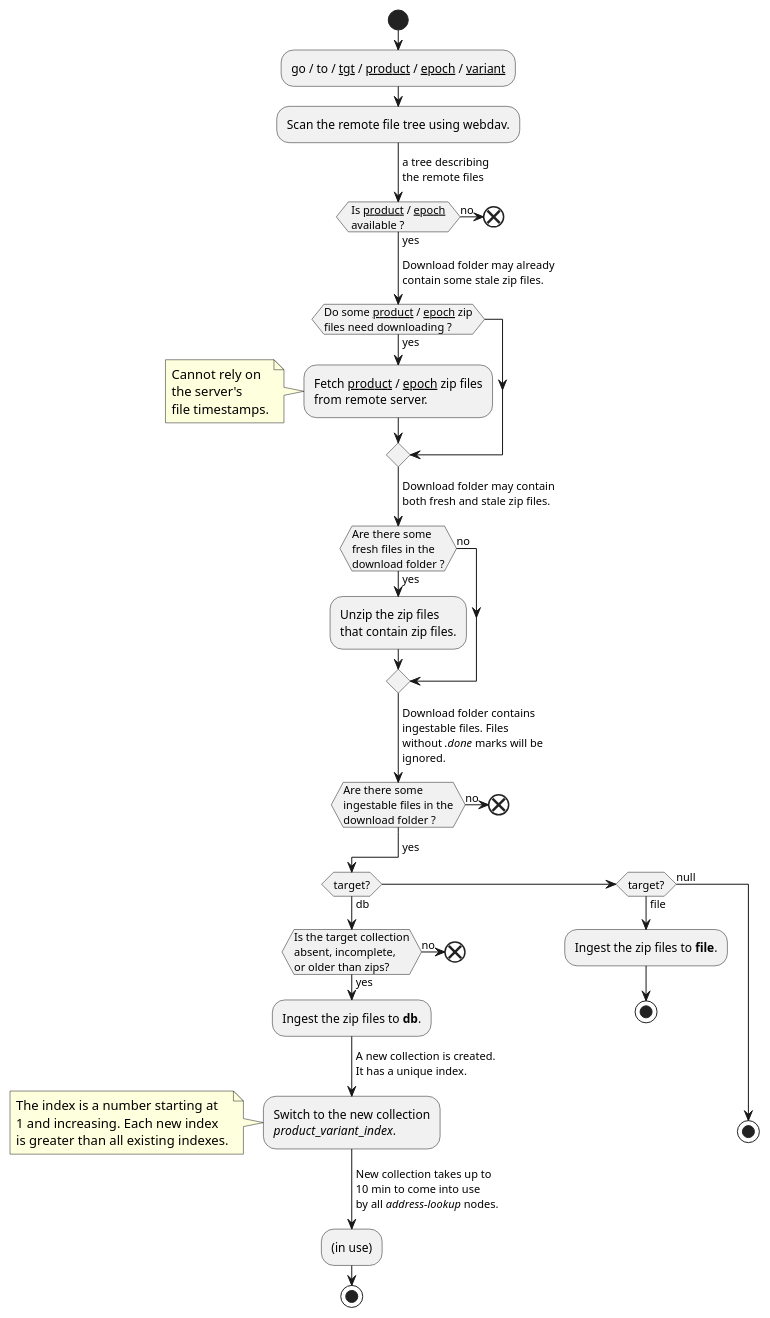
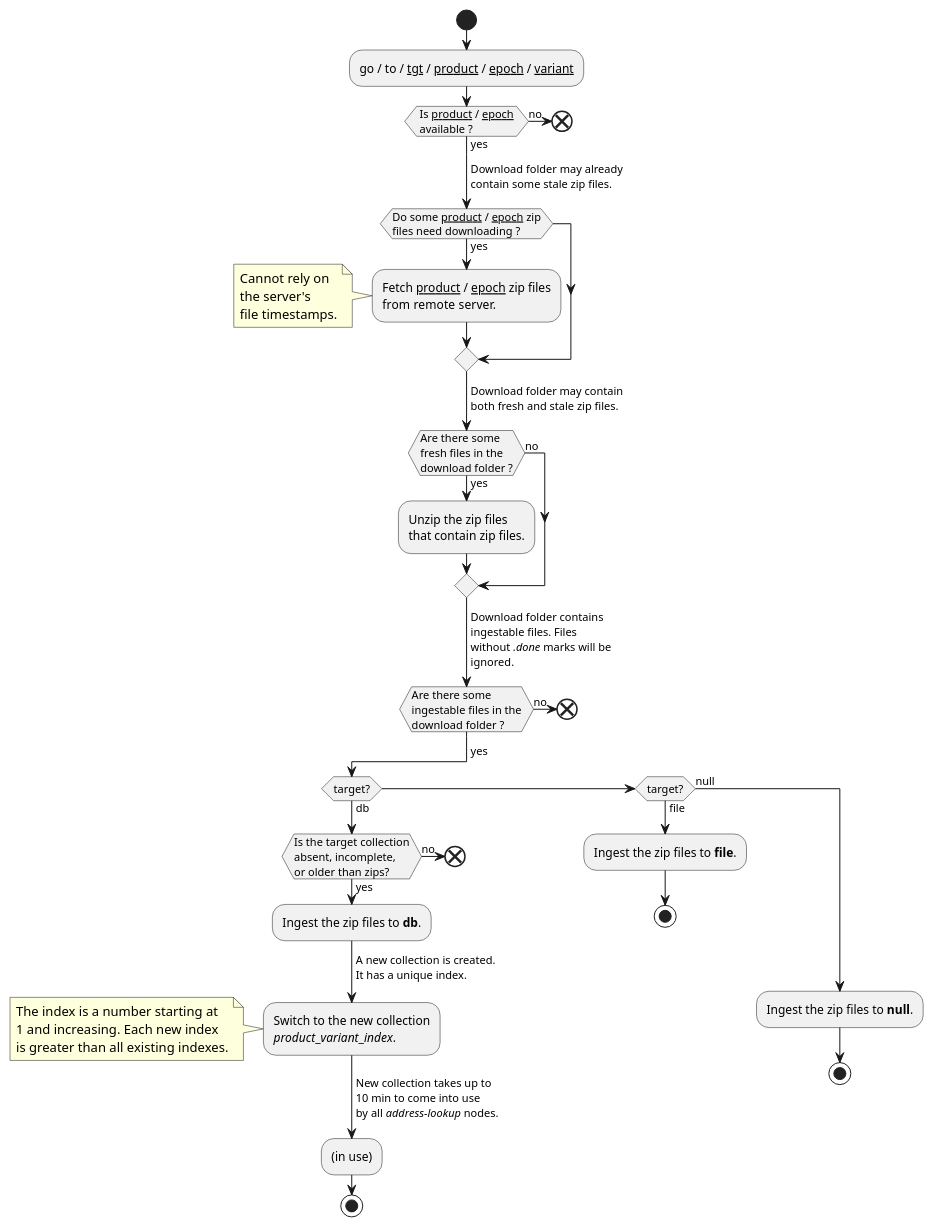
One commit to openregister/address-reputation-ingester changed the diagram in docs/go-manual.puml. Above: the diagram before and after it, drawn with PlantUML. The commit also changed 12 other files, not shown here.

```diff
--- a/docs/go-manual.puml
+++ b/docs/go-manual.puml
@@ -1,73 +1,71 @@
 @startuml
 
 start
 
 :go / to / __tgt__ / __product__ / __epoch__ / __variant__;
-
-:Scan the remote file tree using webdav.;
-
--> a tree describing\nthe remote files;
 
 if ( Is __product__ / __epoch__ \n available ?) then (no)
   end
 
 else (yes)
 endif
 
 -> Download folder may already\ncontain some stale zip files.;
 
 if (Do some __product__ / __epoch__ zip\nfiles need downloading ?) then (yes)
 
   :Fetch __product__ / __epoch__ zip files\nfrom remote server.;
   note left: Cannot rely on\nthe server's\nfile timestamps.
 
 endif
 
 -> Download folder may contain\nboth fresh and stale zip files.;
 
 if (Are there some\nfresh files in the\ndownload folder ?) then (yes)
   :Unzip the zip files\nthat contain zip files.;
 else (no)
 endif
 
 
 -> Download folder contains\ningestable files. Files\nwithout //.done// marks will be\nignored.;
 
 if (Are there some\ningestable files in the\ndownload folder ?) then (no)
   end
 endif
 
 ->yes;
 
 if (target?) then (db)
 
   if (Is the target collection\nabsent, incomplete,\nor older than zips?) then (no)
     end
 
   else (yes)
     :Ingest the zip files to **db**.;
 
     -> A new collection is created.\nIt has a unique index.;
 
     :Switch to the new collection\n//product//_//variant//_//index//.;
 
     -> New collection takes up to\n10 min to come into use\nby all //address-lookup// nodes.;
 
     note left: The index is a number starting at\n1 and increasing. Each new index\nis greater than all existing indexes.
 
     :(in use);
     stop
     endif
 
 elseif (target?) then (file)
 
   :Ingest the zip files to **file**.;
   stop
 
 else (null)
+
+  :Ingest the zip files to **null**.;
   stop
 endif
 
 
 
 @enduml
```
